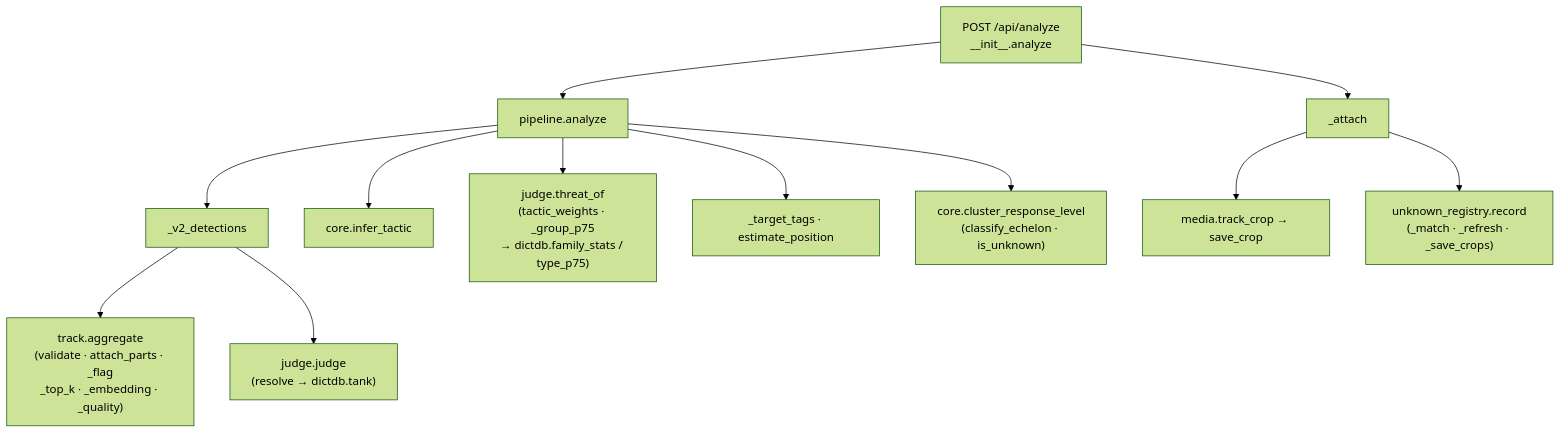
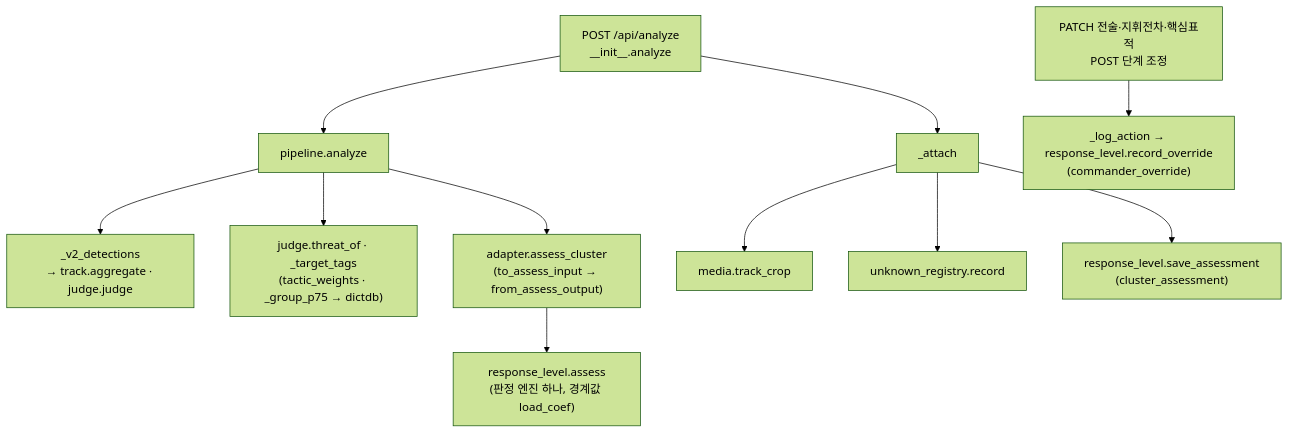
Before and after one commit to smartwolly5-afk/5_final: the diagram in 정리/10_코드_라인별_설명/_생성기/_05_머리말.md, drawn with Mermaid (forest theme). The commit also changed other lines of this file and 38 other files, not shown here.

````diff
--- a/정리/10_코드_라인별_설명/_생성기/_05_머리말.md
+++ b/정리/10_코드_라인별_설명/_생성기/_05_머리말.md
@@ -13,14 +13,13 @@
 ```mermaid
 flowchart TB
     R["POST /api/analyze<br/>__init__.analyze"] --> PA["pipeline.analyze"]
-    PA --> V2["_v2_detections"]
-    V2 --> AG["track.aggregate<br/>(validate · attach_parts · _flag<br/>_top_k · _embedding · _quality)"]
-    V2 --> JU["judge.judge<br/>(resolve → dictdb.tank)"]
-    PA --> IT["core.infer_tactic"]
-    PA --> TO["judge.threat_of<br/>(tactic_weights · _group_p75<br/>→ dictdb.family_stats / type_p75)"]
-    PA --> TG["_target_tags · estimate_position"]
-    PA --> CR["core.cluster_response_level<br/>(classify_echelon · is_unknown)"]
+    PA --> V2["_v2_detections<br/>→ track.aggregate · judge.judge"]
+    PA --> TO["judge.threat_of · _target_tags<br/>(tactic_weights · _group_p75 → dictdb)"]
+    PA --> AC["adapter.assess_cluster<br/>(to_assess_input → from_assess_output)"]
+    AC --> AS["response_level.assess<br/>(판정 엔진 하나, 경계값 load_coef)"]
     R --> AT["_attach"]
-    AT --> TC["media.track_crop → save_crop"]
-    AT --> RE["unknown_registry.record<br/>(_match · _refresh · _save_crops)"]
+    AT --> TC["media.track_crop"]
+    AT --> RE["unknown_registry.record"]
+    AT --> SV["response_level.save_assessment<br/>(cluster_assessment)"]
+    P2["PATCH 전술·지휘전차·핵심표적<br/>POST 단계 조정"] --> LA["_log_action → response_level.record_override<br/>(commander_override)"]
 ```
````
